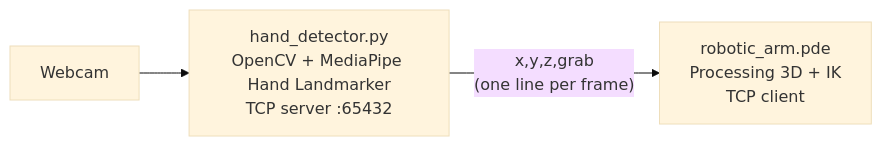
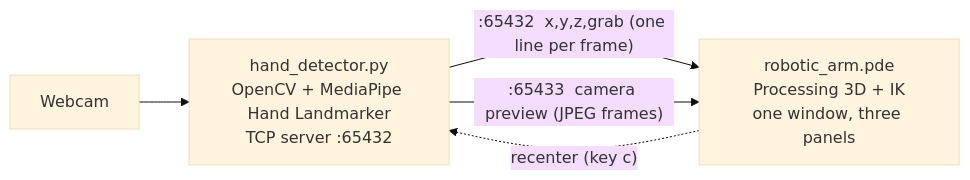
Before and after one commit to jpcedanos/Visuocontrol-of-a-quasi-static-robot: the diagram in README.md, drawn with Mermaid (base theme). The commit also changed other lines of this file and 5 other files, not shown here.

First line of the commit message:
Show everything in one window

````diff
--- a/README.md
+++ b/README.md
@@ -10,5 +10,7 @@
 ```mermaid
 flowchart LR
     WEB[Webcam] --> PY[hand_detector.py<br/>OpenCV + MediaPipe Hand Landmarker<br/>TCP server :65432]
-    PY -- "x,y,z,grab\n (one line per frame)" --> PDE[robotic_arm.pde<br/>Processing 3D + IK<br/>TCP client]
+    PY -- ":65432  x,y,z,grab (one line per frame)" --> PDE[robotic_arm.pde<br/>Processing 3D + IK<br/>one window, three panels]
+    PY -- ":65433  camera preview (JPEG frames)" --> PDE
+    PDE -. "recenter (key c)" .-> PY
 ```
````
